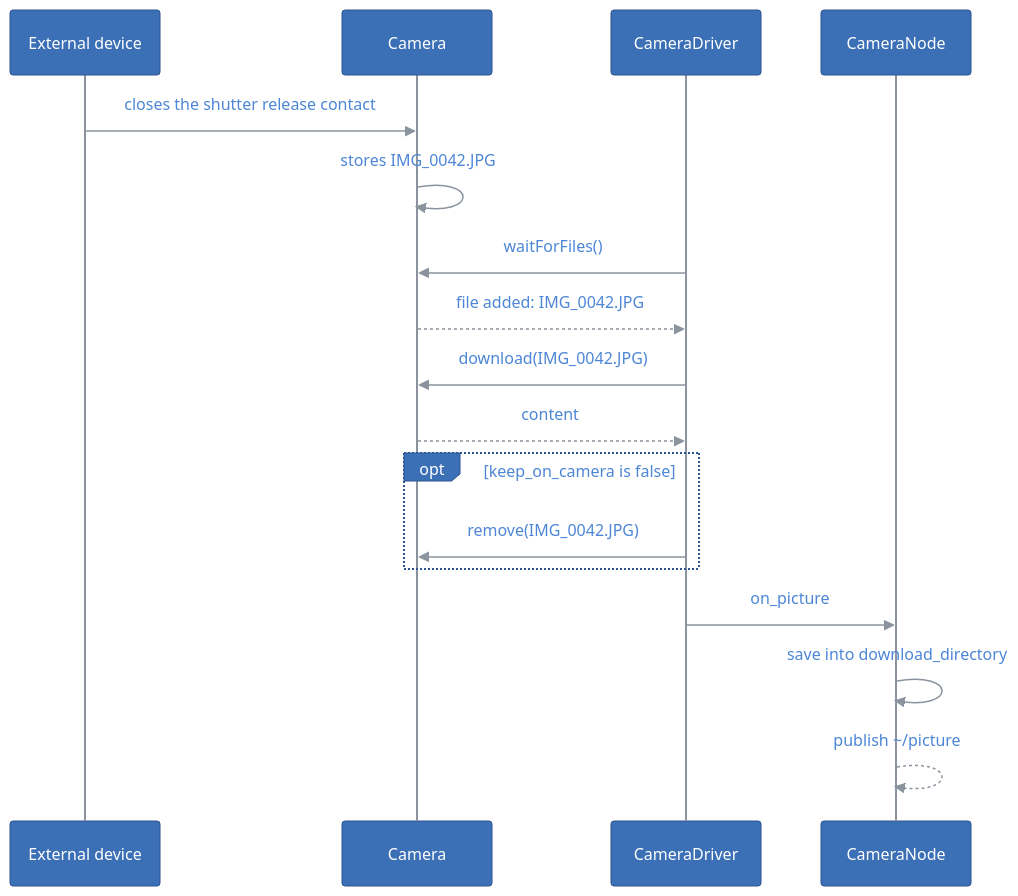
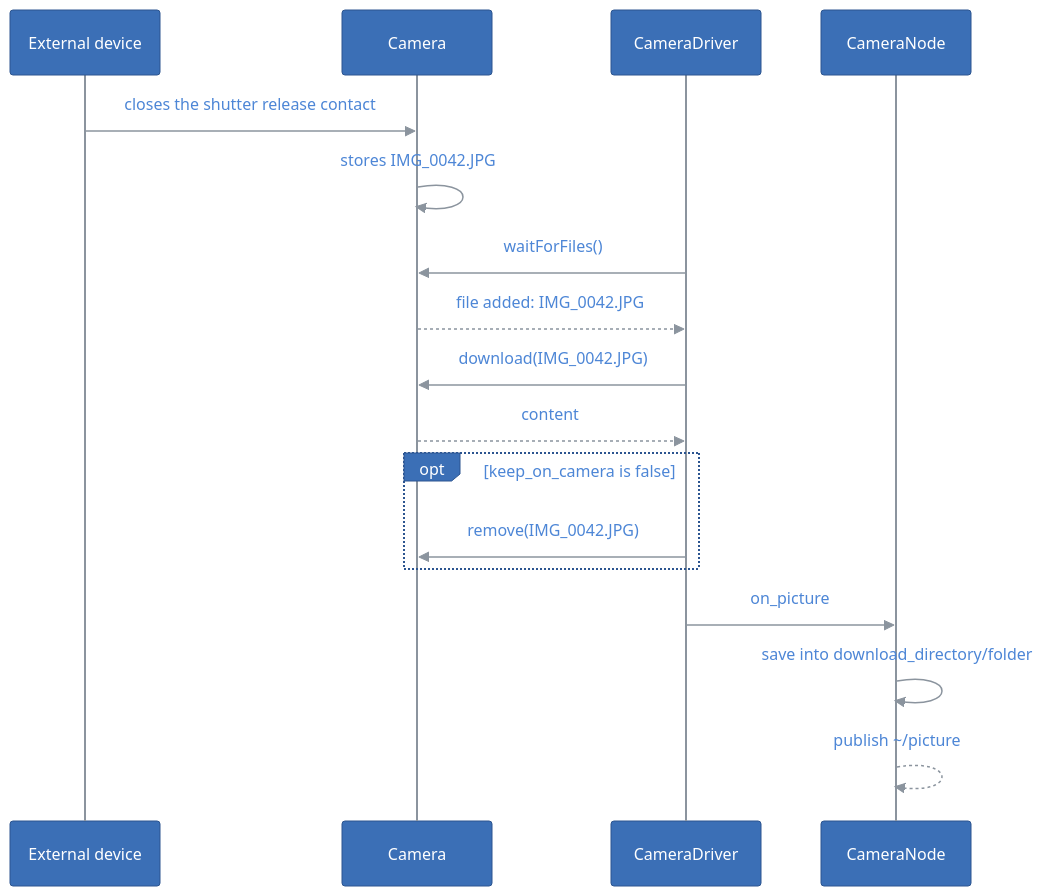
One commit to kineticsystem/stepit-camera changed the fourth of 4 diagrams in docs/ARCHITECTURE.md. Above: the diagram before and after it, drawn with Mermaid. The commit also changed other lines of this file, not shown here.

First line of the commit message:
Document the folder of the pictures in the architecture

````diff
--- a/docs/ARCHITECTURE.md
+++ b/docs/ARCHITECTURE.md
@@ -333,73 +334,73 @@
 ```mermaid
 ---
 config:
   theme: base
   themeCSS: ".edgeLabel p { padding: 4px 10px; }"
   flowchart:
     padding: 20
     nodeSpacing: 40
     rankSpacing: 50
   class:
     padding: 16
   sequence:
     boxMargin: 12
     boxTextMargin: 8
     noteMargin: 28
     messageMargin: 40
     actorMargin: 60
     labelBoxWidth: 56
     labelBoxHeight: 28
   themeVariables:
     primaryColor: "#3b6fb6"
     primaryTextColor: "#ffffff"
     primaryBorderColor: "#2c5590"
     lineColor: "#8b949e"
     textColor: "#4d86d6"
     actorBkg: "#3b6fb6"
     actorBorder: "#2c5590"
     actorTextColor: "#ffffff"
     actorLineColor: "#8b949e"
     signalColor: "#8b949e"
     signalTextColor: "#4d86d6"
     noteBkgColor: "#3b6fb6"
     noteTextColor: "#ffffff"
     noteBorderColor: "#2c5590"
     secondaryColor: "#3b6fb6"
     tertiaryColor: "#3b6fb6"
     clusterBkg: "transparent"
     clusterBorder: "#8b949e"
     titleColor: "#4d86d6"
     edgeLabelBackground: "#3b6fb6"
     classText: "#ffffff"
     labelBoxBkgColor: "#3b6fb6"
     labelBoxBorderColor: "#2c5590"
     labelTextColor: "#ffffff"
     loopTextColor: "#4d86d6"
     mainBkg: "#3b6fb6"
     nodeBorder: "#2c5590"
     nodeTextColor: "#ffffff"
     secondaryBorderColor: "#2c5590"
     secondaryTextColor: "#ffffff"
     tertiaryBorderColor: "#2c5590"
     tertiaryTextColor: "#ffffff"
     errorBkgColor: "#3b6fb6"
     errorTextColor: "#ffffff"
 ---
 sequenceDiagram
     participant Device as External device
     participant Camera
     participant Driver as CameraDriver
     participant Node as CameraNode
     Device->>Camera: closes the shutter release contact
     Camera->>Camera: stores IMG_0042.JPG
     Driver->>Camera: waitForFiles()
     Camera-->>Driver: file added: IMG_0042.JPG
     Driver->>Camera: download(IMG_0042.JPG)
     Camera-->>Driver: content
     opt keep_on_camera is false
         Driver->>Camera: remove(IMG_0042.JPG)
     end
     Driver->>Node: on_picture
-    Node->>Node: save into download_directory
+    Node->>Node: save into download_directory/folder
     Node-->>Node: publish ~/picture
 ```
````
